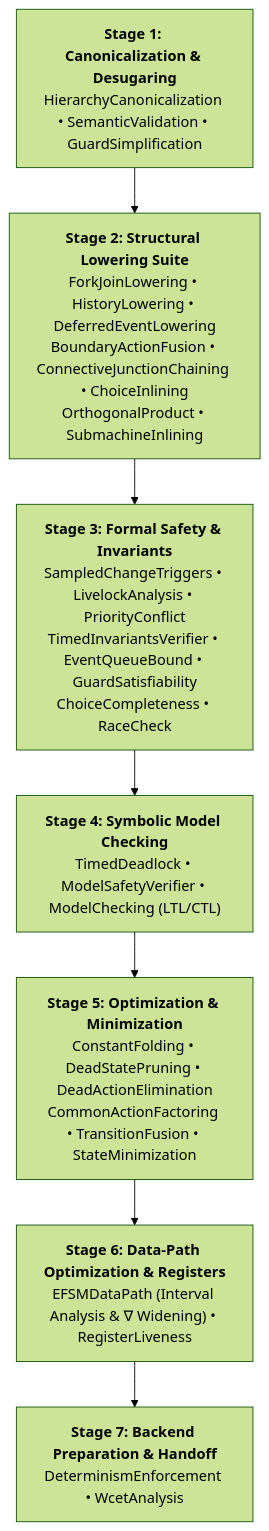
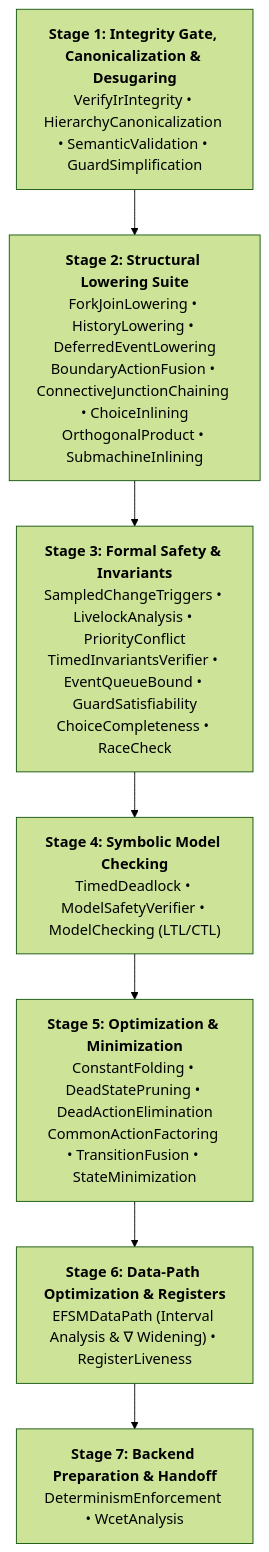
One commit to simoneCavalleri/fsmc changed the diagram in docs/internals/middleend_passes.md. Above: the diagram before and after it, drawn with Mermaid (forest theme). The commit also changed other lines of this file and 40 other files, not shown here.

````diff
--- a/docs/internals/middleend_passes.md
+++ b/docs/internals/middleend_passes.md
@@ -42,12 +42,12 @@
 ```mermaid
 flowchart TD
-    S1["<b>Stage 1: Canonicalization & Desugaring</b><br/>HierarchyCanonicalization • SemanticValidation • GuardSimplification"]
+    S1["<b>Stage 1: Integrity Gate, Canonicalization & Desugaring</b><br/>VerifyIrIntegrity • HierarchyCanonicalization • SemanticValidation • GuardSimplification"]
     S2["<b>Stage 2: Structural Lowering Suite</b><br/>ForkJoinLowering • HistoryLowering • DeferredEventLowering<br/>BoundaryActionFusion • ConnectiveJunctionChaining • ChoiceInlining<br/>OrthogonalProduct • SubmachineInlining"]
     S3["<b>Stage 3: Formal Safety & Invariants</b><br/>SampledChangeTriggers • LivelockAnalysis • PriorityConflict<br/>TimedInvariantsVerifier • EventQueueBound • GuardSatisfiability<br/>ChoiceCompleteness • RaceCheck"]
     S4["<b>Stage 4: Symbolic Model Checking</b><br/>TimedDeadlock • ModelSafetyVerifier • ModelChecking (LTL/CTL)"]
     S5["<b>Stage 5: Optimization & Minimization</b><br/>ConstantFolding • DeadStatePruning • DeadActionElimination<br/>CommonActionFactoring • TransitionFusion • StateMinimization"]
     S6["<b>Stage 6: Data-Path Optimization & Registers</b><br/>EFSMDataPath (Interval Analysis & ∇ Widening) • RegisterLiveness"]
     S7["<b>Stage 7: Backend Preparation & Handoff</b><br/>DeterminismEnforcement • WcetAnalysis"]
 
     S1 --> S2 --> S3 --> S4 --> S5 --> S6 --> S7
 ```
````
